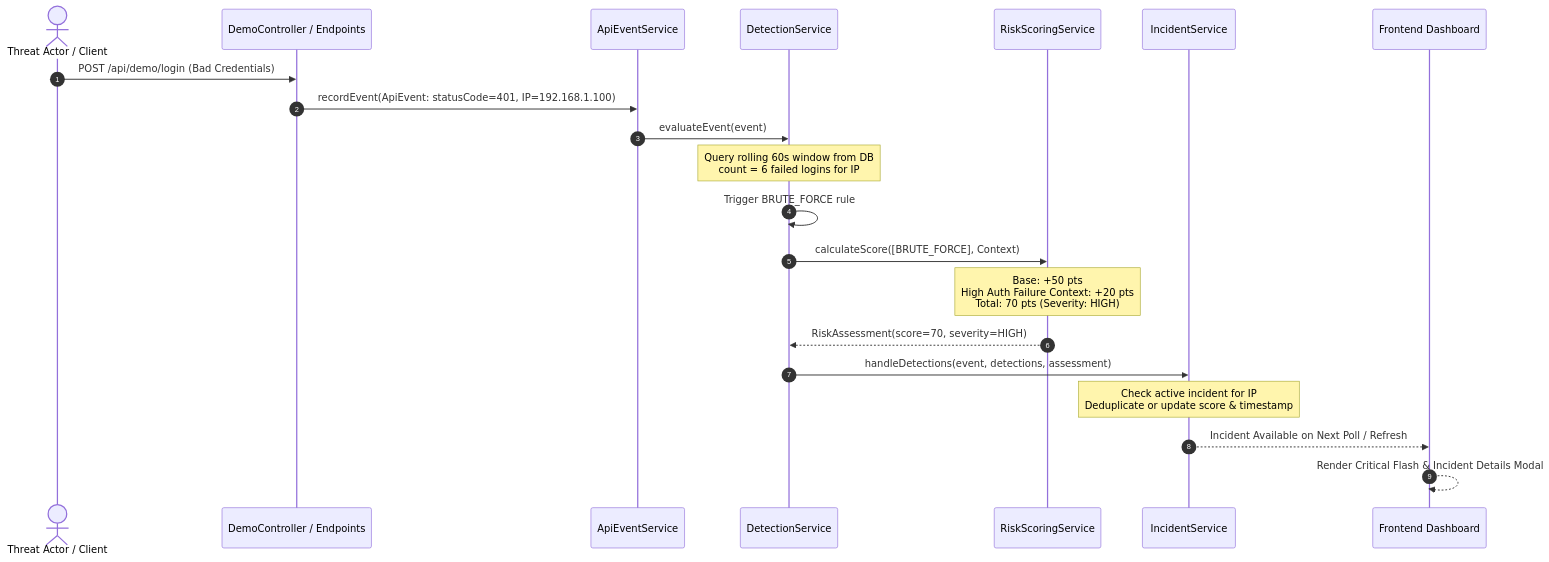
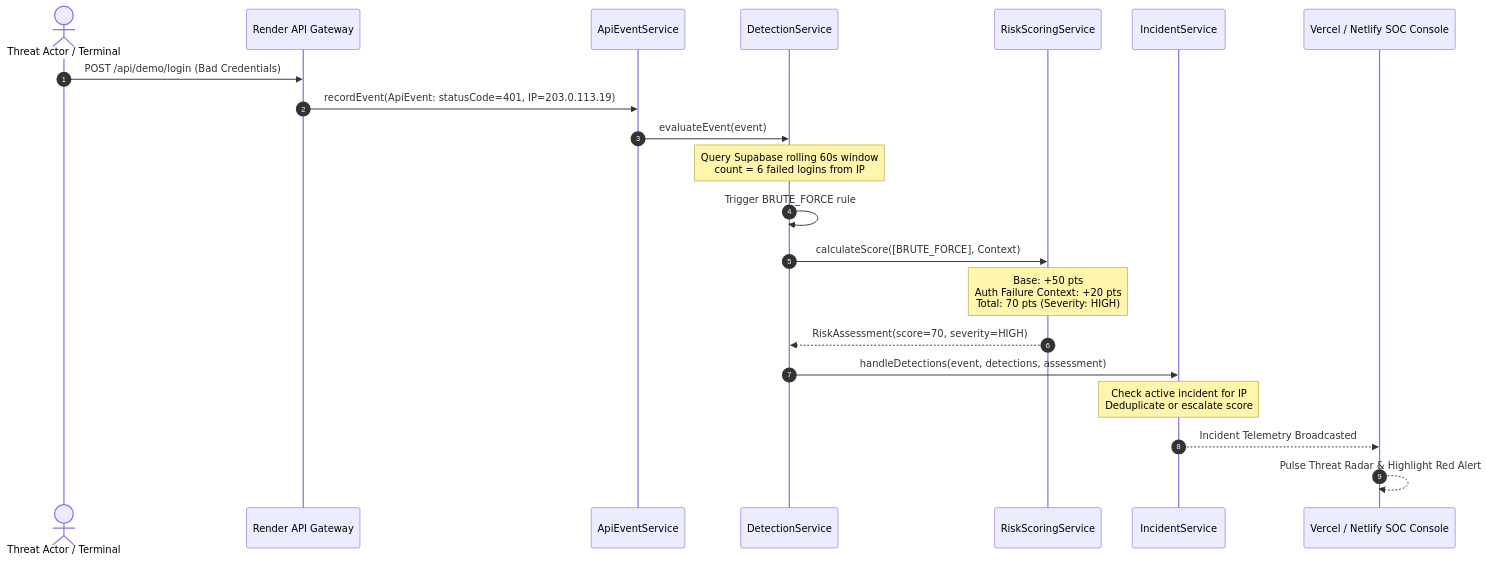
One commit to MindOverFloww/Sentinel-API changed the third of 4 diagrams in README.md. Above: the diagram before and after it, drawn with Mermaid. The commit also changed other lines of this file, not shown here.

Commit message:
docs: update README for Vercel, Netlify, and Render cloud deployments

````diff
--- a/README.md
+++ b/README.md
@@ -348,27 +292,27 @@
 ```mermaid
 sequenceDiagram
     autonumber
-    actor Attacker as Threat Actor / Client
-    participant Controller as DemoController / Endpoints
+    actor Attacker as Threat Actor / Terminal
+    participant Render as Render API Gateway
     participant EventService as ApiEventService
     participant DetectService as DetectionService
     participant RiskEngine as RiskScoringService
     participant IncService as IncidentService
-    participant SOC as Frontend Dashboard
+    participant VercelUI as Vercel / Netlify SOC Console
 
-    Attacker->>Controller: POST /api/demo/login (Bad Credentials)
-    Controller->>EventService: recordEvent(ApiEvent: statusCode=401, IP=192.168.1.100)
+    Attacker->>Render: POST /api/demo/login (Bad Credentials)
+    Render->>EventService: recordEvent(ApiEvent: statusCode=401, IP=203.0.113.19)
     EventService->>DetectService: evaluateEvent(event)
     
-    Note over DetectService: Query rolling 60s window from DB<br/>count = 6 failed logins for IP
+    Note over DetectService: Query Supabase rolling 60s window<br/>count = 6 failed logins from IP
     DetectService->>DetectService: Trigger BRUTE_FORCE rule
     
     DetectService->>RiskEngine: calculateScore([BRUTE_FORCE], Context)
-    Note over RiskEngine: Base: +50 pts<br/>High Auth Failure Context: +20 pts<br/>Total: 70 pts (Severity: HIGH)
+    Note over RiskEngine: Base: +50 pts<br/>Auth Failure Context: +20 pts<br/>Total: 70 pts (Severity: HIGH)
     RiskEngine-->>DetectService: RiskAssessment(score=70, severity=HIGH)
     
     DetectService->>IncService: handleDetections(event, detections, assessment)
-    Note over IncService: Check active incident for IP<br/>Deduplicate or update score & timestamp
-    IncService-->>SOC: Incident Available on Next Poll / Refresh
-    SOC-->>SOC: Render Critical Flash & Incident Details Modal
+    Note over IncService: Check active incident for IP<br/>Deduplicate or escalate score
+    IncService-->>VercelUI: Incident Telemetry Broadcasted
+    VercelUI-->>VercelUI: Pulse Threat Radar & Highlight Red Alert
 ```
````
